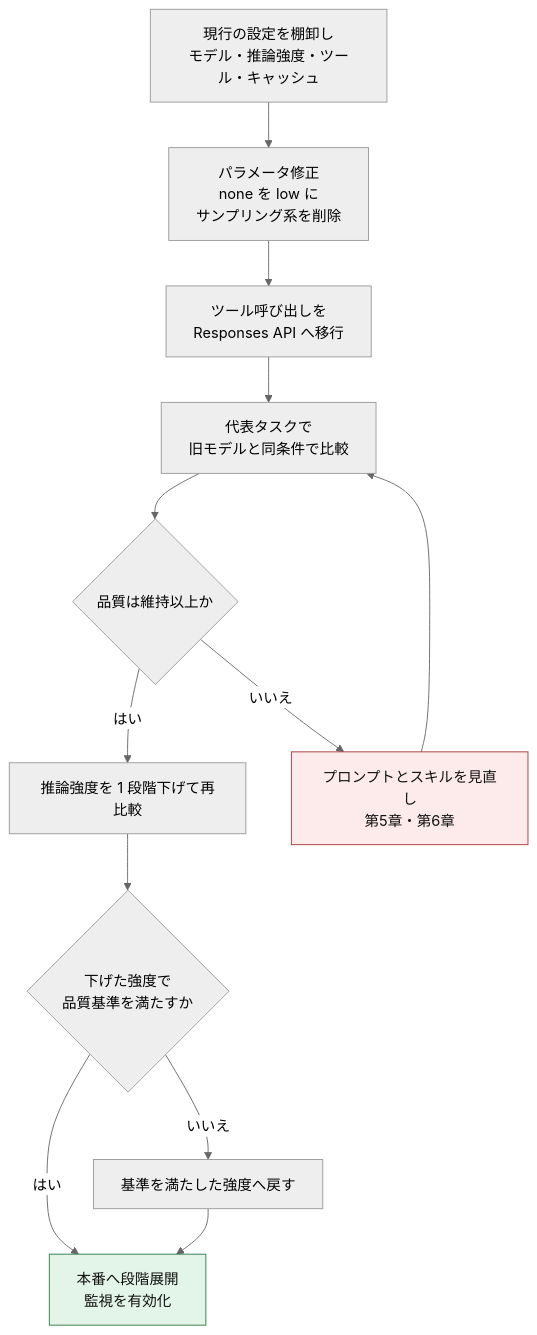
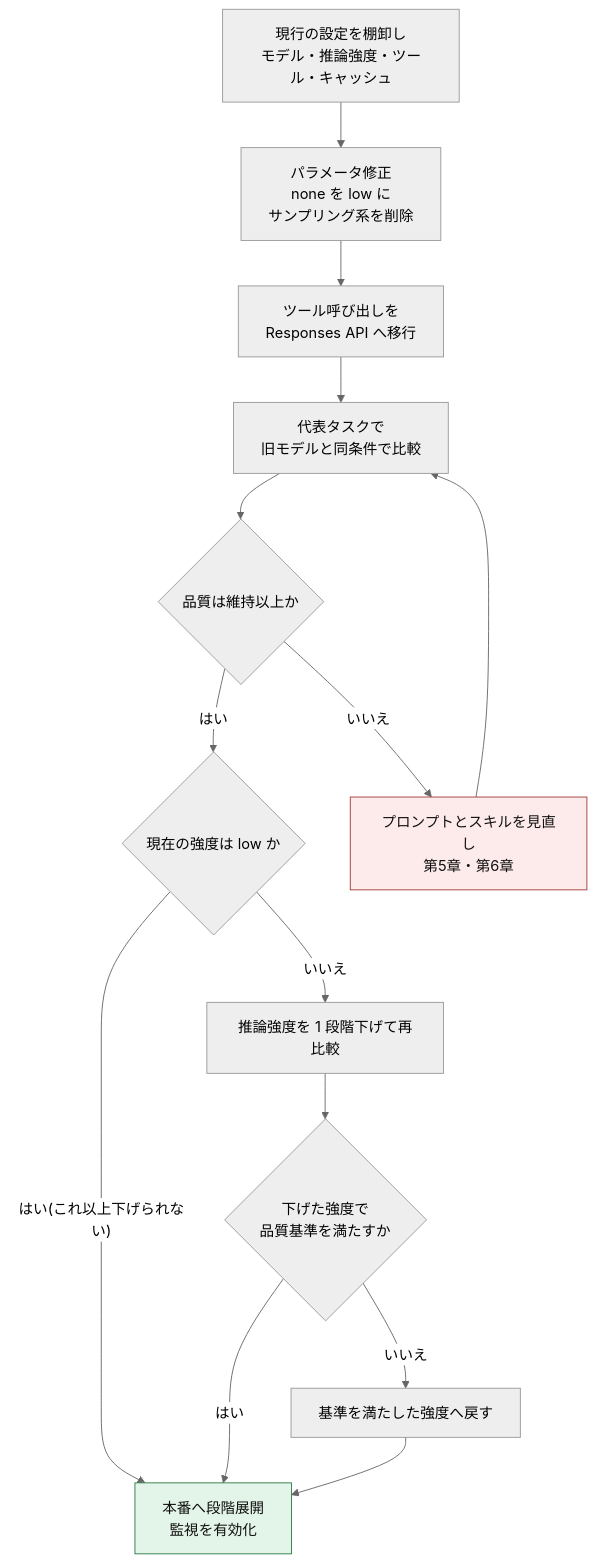
The third of 12 diagrams in Openai-gpt-6-astra-best-practices-guide.md (myoshi2891/Comparison-of-LLMs), drawn with Mermaid (neutral theme) before and after one commit. The commit also changed other lines of this file, not shown here.

Commit message:
docs(openai): add lower-bound check to reasoning flow and pending input branch to steering in Astra guide

````diff
--- a/Openai-gpt-6-astra-best-practices-guide.md
+++ b/Openai-gpt-6-astra-best-practices-guide.md
@@ -195,18 +195,20 @@
 ```mermaid
 flowchart TB
   A["現行の設定を棚卸し<br/>モデル・推論強度・ツール・キャッシュ"] --> B["パラメータ修正<br/>none を low に<br/>サンプリング系を削除"]
   B --> C["ツール呼び出しを<br/>Responses API へ移行"]
   C --> D["代表タスクで<br/>旧モデルと同条件で比較"]
   D --> E{"品質は維持以上か"}
-  E -- "はい" --> F["推論強度を 1 段階下げて再比較"]
+  E -- "はい" --> L{"現在の強度は low か"}
+  L -- "はい(これ以上下げられない)" --> H
+  L -- "いいえ" --> F["推論強度を 1 段階下げて再比較"]
   E -- "いいえ" --> G["プロンプトとスキルを見直し<br/>第5章・第6章"]
   G --> D
   F --> I{"下げた強度で<br/>品質基準を満たすか"}
   I -- "はい" --> H["本番へ段階展開<br/>監視を有効化"]
   I -- "いいえ" --> J["基準を満たした強度へ戻す"]
   J --> H
   classDef ok fill:#e3f4e8,stroke:#2d7a46,color:#111
   classDef warn fill:#fdeaea,stroke:#a33b3b,color:#111
   class H ok
   class G warn
 ```
````
